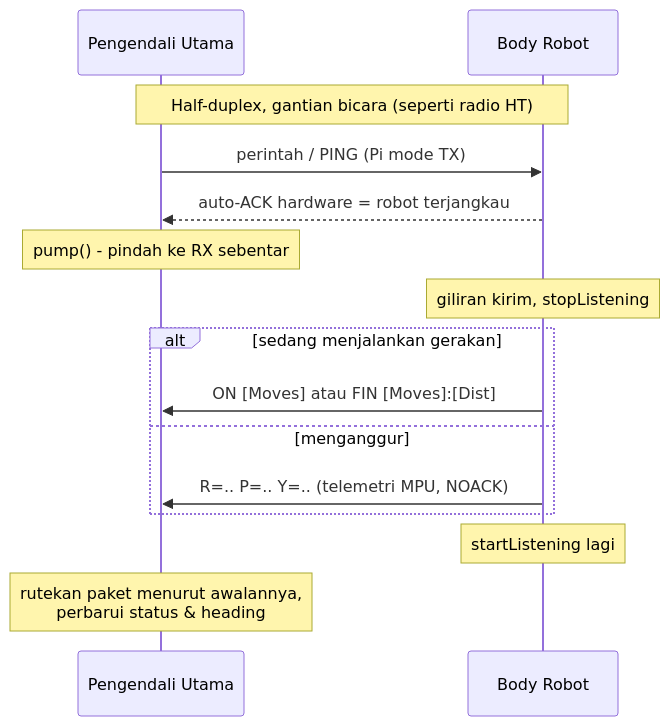
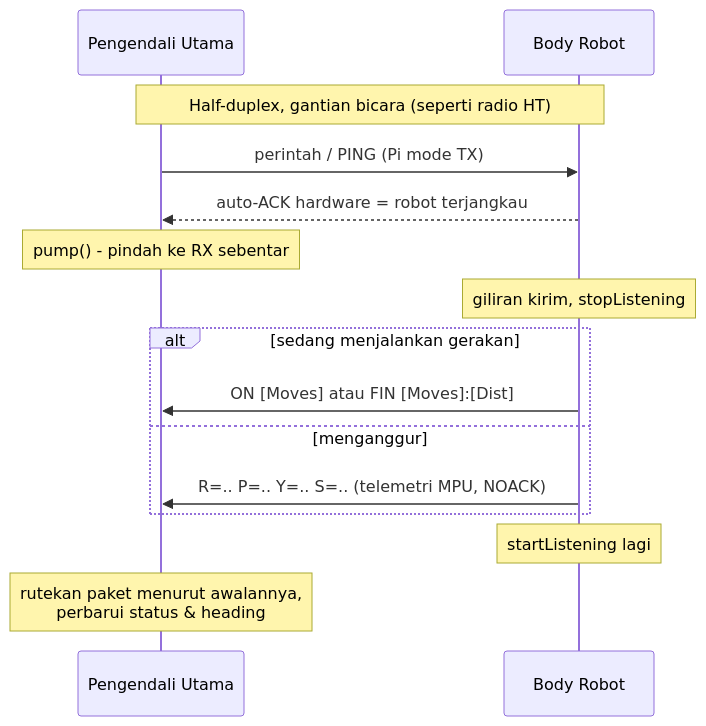
The ninth of 9 diagrams in flowchart.md (Xhorn7/Skripsi-PENGEMBANGAN-ROBOT-AKUATIK-UNTUK-FEEDER-OTOMATIS-DI-TAMBAK), drawn with Mermaid before and after one commit. The commit also changed other lines of this file and 24 other files, not shown here.

````diff
--- a/flowchart.md
+++ b/flowchart.md
@@ -273,20 +282,20 @@
 ```mermaid
 sequenceDiagram
     participant Pi as Pengendali Utama
     participant Robot as Body Robot
     Note over Pi,Robot: Half-duplex, gantian bicara (seperti radio HT)
 
     Pi->>Robot: perintah / PING (Pi mode TX)
     Robot-->>Pi: auto-ACK hardware = robot terjangkau
     Note over Pi: pump() - pindah ke RX sebentar
     Note over Robot: giliran kirim, stopListening
 
     alt sedang menjalankan gerakan
         Robot->>Pi: ON [Moves]  atau  FIN [Moves]:[Dist]
     else menganggur
-        Robot->>Pi: R=.. P=.. Y=.. (telemetri MPU, NOACK)
+        Robot->>Pi: R=.. P=.. Y=.. S=.. (telemetri MPU, NOACK)
     end
 
     Note over Robot: startListening lagi
     Note over Pi: rutekan paket menurut awalannya,<br/>perbarui status & heading
 ```
````
